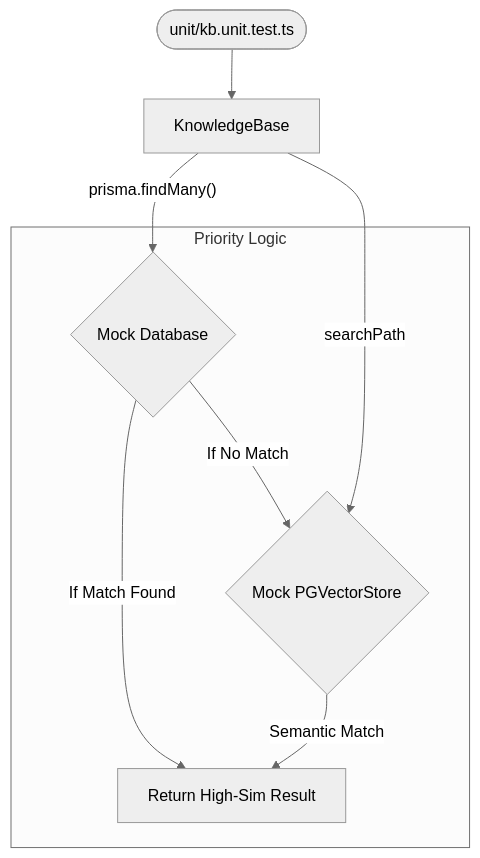
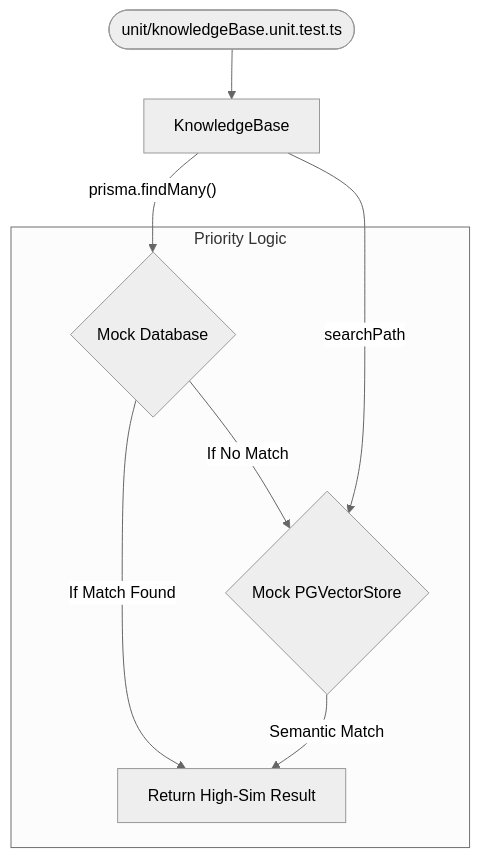
One commit to tienpham93/xcare-server changed the fourth of 5 diagrams in docs/TEST_ARCHITECTURE.md. Above: the diagram before and after it, drawn with Mermaid (neutral theme). The commit also changed other lines of this file and 24 other files, not shown here.

````diff
--- a/docs/TEST_ARCHITECTURE.md
+++ b/docs/TEST_ARCHITECTURE.md
@@ -68,12 +71,12 @@
 ```mermaid
 graph TD
-    Test([unit/kb.unit.test.ts]) --> KB[KnowledgeBase]
+    Test([unit/knowledgeBase.unit.test.ts]) --> KB[KnowledgeBase]
     KB -- "prisma.findMany()" --> MockPrisma{Mock Database}
     KB -- "searchPath" --> MockVector{Mock PGVectorStore}
     
     subgraph Priority Logic
         MockPrisma -- "If Match Found" --> Return[Return High-Sim Result]
         MockPrisma -- "If No Match" --> MockVector
         MockVector -- "Semantic Match" --> Return
     end
 ```
````
